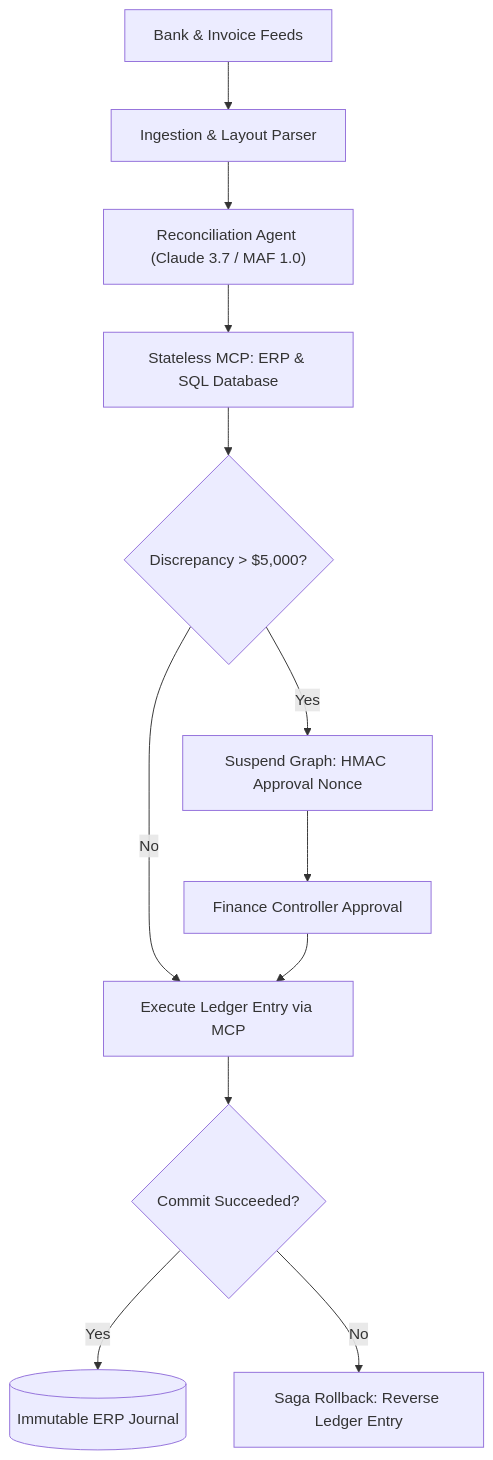
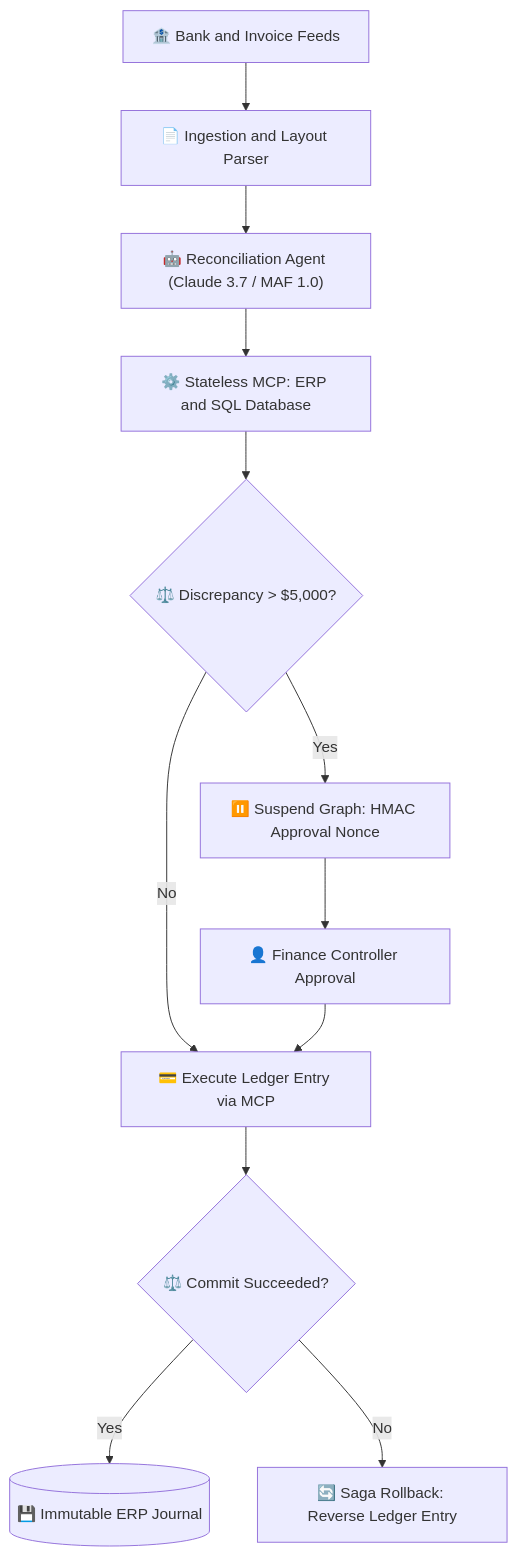
Before and after one commit to dip4k/senior-engineer-to-ai-engineer-roadmap: the first of 11 diagrams in architecture/enterprise-ai-system-designs.md, drawn with Mermaid. The commit also changed other lines of this file and 94 other files, not shown here.

Commit message:
refactor(curriculum): complete Phase 04 upgrade and enforce diagram renderer invariants

````diff
--- a/architecture/enterprise-ai-system-designs.md
+++ b/architecture/enterprise-ai-system-designs.md
@@ -42,18 +42,18 @@
 ```mermaid
 flowchart TD
-    BankFeeds["Bank & Invoice Feeds"] --> Ingest["Ingestion & Layout Parser"]
-    Ingest --> Agent["Reconciliation Agent (Claude 3.7 / MAF 1.0)"]
+    BankFeeds["🏦 Bank and Invoice Feeds"] --> Ingest["📄 Ingestion and Layout Parser"]
+    Ingest --> Agent["🤖 Reconciliation Agent (Claude 3.7 / MAF 1.0)"]
     
-    Agent --> MCP_DB["Stateless MCP: ERP & SQL Database"]
-    MCP_DB --> MatchCheck{"Discrepancy > $5,000?"}
+    Agent --> MCP_DB["⚙️ Stateless MCP: ERP and SQL Database"]
+    MCP_DB --> MatchCheck{"⚖️ Discrepancy > $5,000?"}
     
-    MatchCheck -- "No" --> AutoBook["Execute Ledger Entry via MCP"]
-    MatchCheck -- "Yes" --> HITL["Suspend Graph: HMAC Approval Nonce"]
+    MatchCheck -- "No" --> AutoBook["💳 Execute Ledger Entry via MCP"]
+    MatchCheck -- "Yes" --> HITL["⏸️ Suspend Graph: HMAC Approval Nonce"]
     
-    HITL --> Operator["Finance Controller Approval"]
+    HITL --> Operator["👤 Finance Controller Approval"]
     Operator --> AutoBook
     
-    AutoBook --> SagaCheck{"Commit Succeeded?"}
-    SagaCheck -- "Yes" --> Audit[("Immutable ERP Journal")]
-    SagaCheck -- "No" --> Compensate["Saga Rollback: Reverse Ledger Entry"]
+    AutoBook --> SagaCheck{"⚖️ Commit Succeeded?"}
+    SagaCheck -- "Yes" --> Audit[("💾 Immutable ERP Journal")]
+    SagaCheck -- "No" --> Compensate["🔄 Saga Rollback: Reverse Ledger Entry"]
 ```
````
